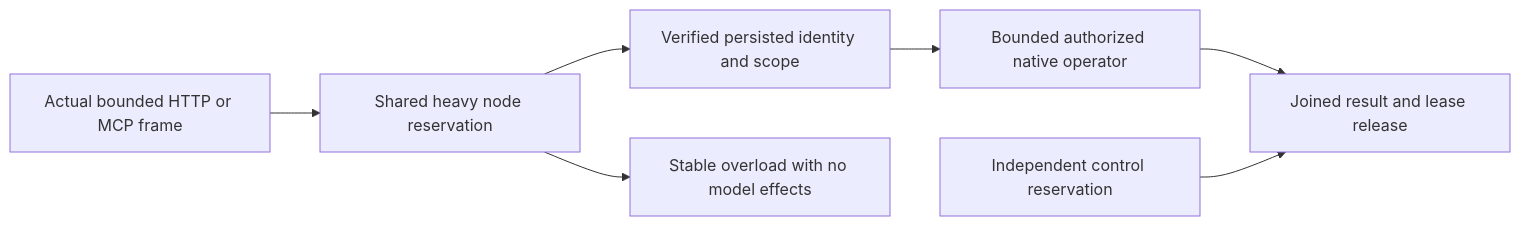
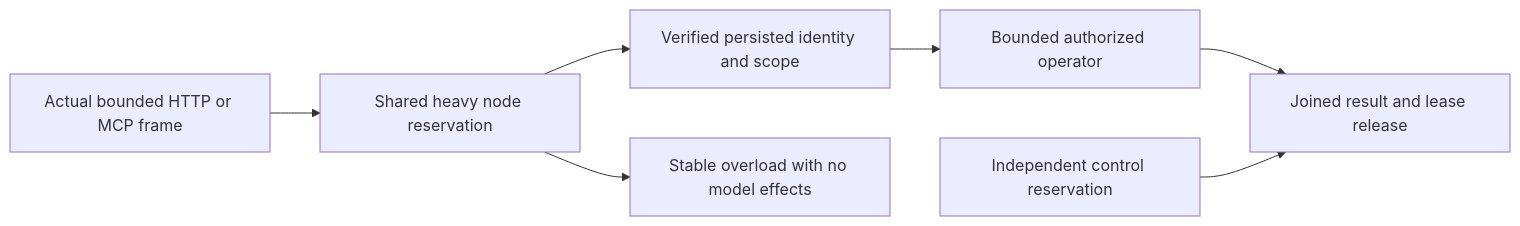
The diagram in docs/Features/ResourceExecution/HeavyReadRouteAdmission.md (managedcode/KeyLoad), drawn with Mermaid before and after one commit. The commit also changed other lines of this file and 9016 other files, not shown here.

````diff
--- a/docs/Features/ResourceExecution/HeavyReadRouteAdmission.md
+++ b/docs/Features/ResourceExecution/HeavyReadRouteAdmission.md
@@ -15,9 +15,9 @@
 ```mermaid
 flowchart LR
     Wire[Actual bounded HTTP or MCP frame] --> Admission[Shared heavy node reservation]
     Admission --> Auth[Verified persisted identity and scope]
-    Auth --> Work[Bounded authorized native operator]
+    Auth --> Work[Bounded authorized operator]
     Work --> Join[Joined result and lease release]
     Admission --> Refusal[Stable overload with no model effects]
     Control[Independent control reservation] --> Join
 ```
````
